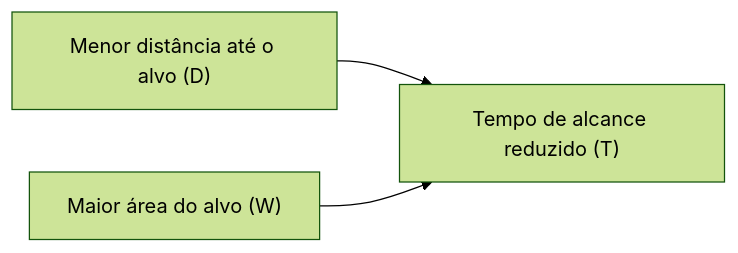
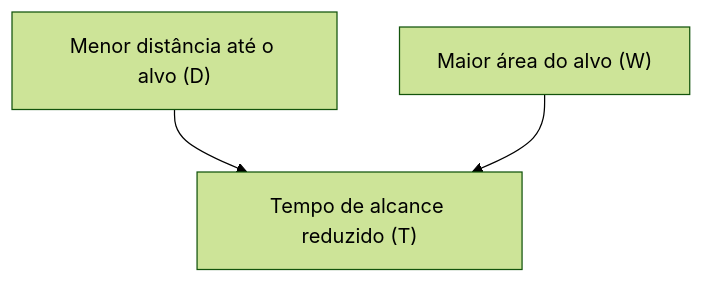
The third of 3 diagrams in 08. Design de Interacao/15. Componentes e recomendações ergonômicas em sistemas interativos.md (leorruas/puc), drawn with Mermaid (forest theme) before and after one commit. The commit also changed 8 other files, not shown here.

Commit message:
style(mermaid): refactor diagrams to vertical TD flow and add Mermaid guidelines to AGENTS.md

````diff
--- a/08. Design de Interacao/15. Componentes e recomendações ergonômicas em sistemas interativos.md
+++ b/08. Design de Interacao/15. Componentes e recomendações ergonômicas em sistemas interativos.md
@@ -126,5 +126,5 @@
 ```mermaid
-graph LR
+graph TD
     Distância["Menor distância até o alvo (D)"] --> Tempo["Tempo de alcance reduzido (T)"]
     Tamanho["Maior área do alvo (W)"] --> Tempo
 ```
````
